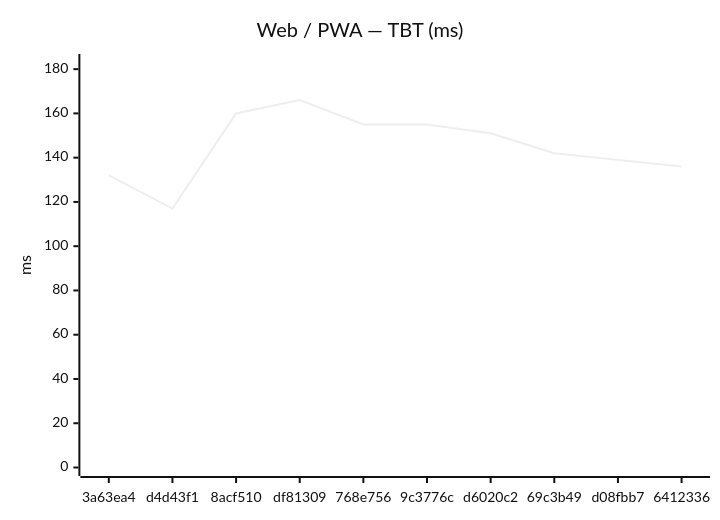
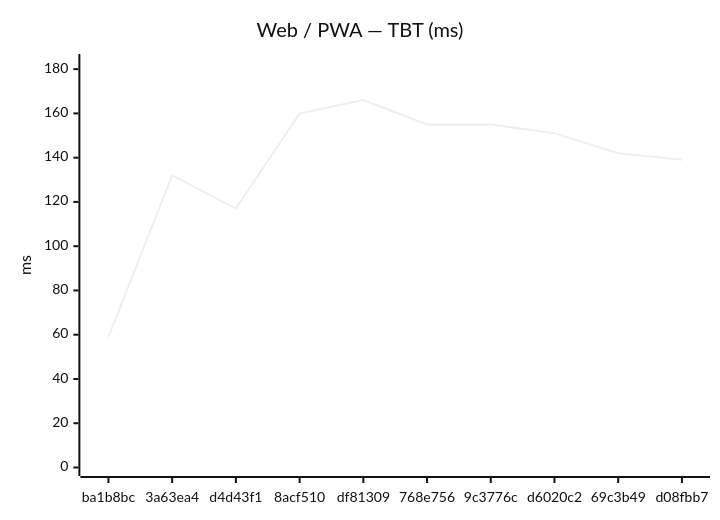
One commit to Metaheurist/Rianell changed the second of 18 diagrams in benchmarks/compare.md. Above: the diagram before and after it, drawn with Mermaid (neutral theme). The commit also changed other lines of this file and 11 other files, not shown here.

````diff
--- a/benchmarks/compare.md
+++ b/benchmarks/compare.md
@@ -31,7 +31,7 @@
 ```mermaid
 xychart-beta
     title "Web / PWA — TBT (ms)"
-    x-axis ["3a63ea4", "d4d43f1", "8acf510", "df81309", "768e756", "9c3776c", "d6020c2", "69c3b49", "d08fbb7", "6412336"]
+    x-axis ["ba1b8bc", "3a63ea4", "d4d43f1", "8acf510", "df81309", "768e756", "9c3776c", "d6020c2", "69c3b49", "d08fbb7"]
     y-axis "ms" 0 --> 183
-    line [132, 117, 160, 166, 155, 155, 151, 142, 139, 136]
+    line [59, 132, 117, 160, 166, 155, 155, 151, 142, 139]
 ```
````
